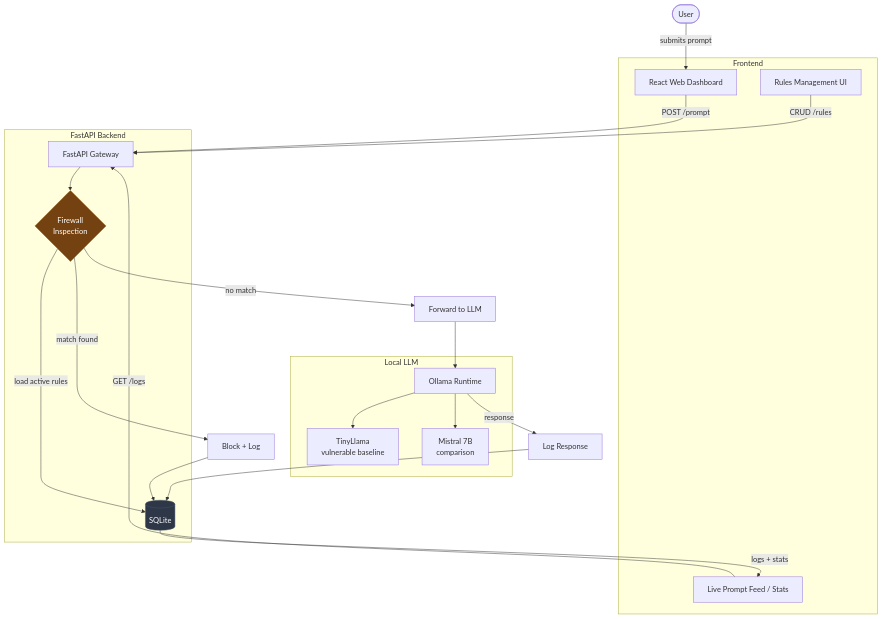
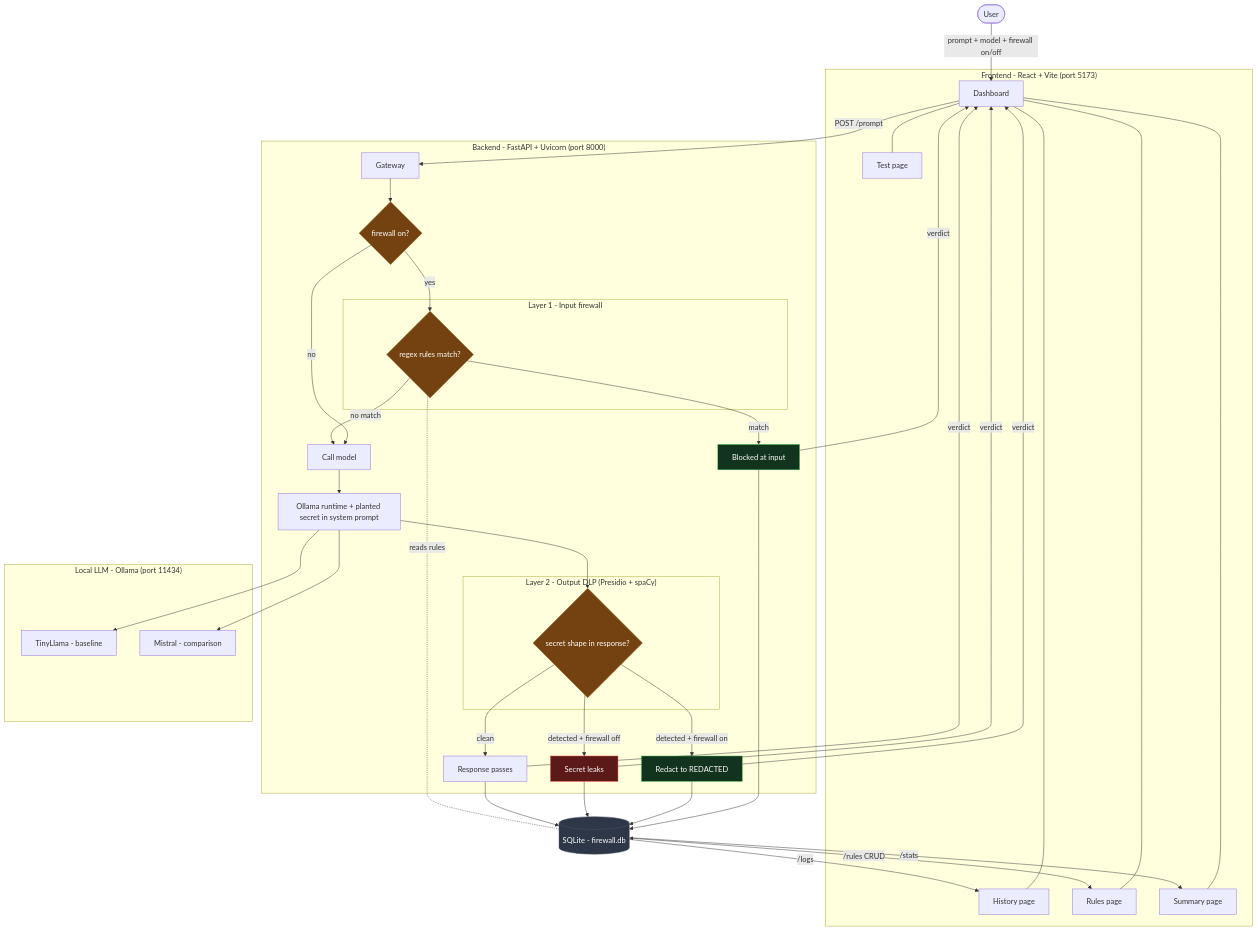
Before and after one commit to ncimmarusti/ai-firewall-gateway: the diagram in ARCHITECTURE.md, drawn with Mermaid. The commit also changed other lines of this file and 3 other files, not shown here.

````diff
--- a/ARCHITECTURE.md
+++ b/ARCHITECTURE.md
@@ -5,39 +6,72 @@
 ```mermaid
 flowchart TD
-    User([User]) -->|submits prompt| UI[React Web Dashboard]
+    User([User]) -->|prompt + model + firewall on/off| UI
 
-    subgraph Frontend
-        UI
-        Rules[Rules Management UI]
-        Feed[Live Prompt Feed / Stats]
+    subgraph FE["Frontend - React + Vite (port 5173)"]
+        UI[Dashboard]
+        Test[Test page]
+        History[History page]
+        Rules[Rules page]
+        Summary[Summary page]
+        UI --- Test
+        UI --- History
+        UI --- Rules
+        UI --- Summary
     end
 
-    UI -->|POST /prompt| API[FastAPI Gateway]
-    Rules -->|CRUD /rules| API
-    Feed -->|GET /logs| API
+    UI -->|POST /prompt| GW
 
-    subgraph Backend[FastAPI Backend]
-        API --> Inspect{Firewall<br/>Inspection}
-        Inspect -->|load active rules| DB[(SQLite)]
+    subgraph BE["Backend - FastAPI + Uvicorn (port 8000)"]
+        GW[Gateway]
+        GW --> FWon{firewall on?}
+        FWon -->|no| Model
+        FWon -->|yes| L1
+
+        subgraph L1box["Layer 1 - Input firewall"]
+            L1{regex rules match?}
+        end
+        L1 -->|match| Blocked[Blocked at input]
+        L1 -->|no match| Model[Call model]
+
+        Model --> Ollama
+
+        Ollama --> L2
+        subgraph L2box["Layer 2 - Output DLP (Presidio + spaCy)"]
+            L2{secret shape in response?}
+        end
+        L2 -->|detected + firewall on| Redact["Redact to REDACTED"]
+        L2 -->|detected + firewall off| Leak[Secret leaks]
+        L2 -->|clean| Clean[Response passes]
     end
 
-    Inspect -->|match found| Blocked[Block + Log]
-    Inspect -->|no match| Forward[Forward to LLM]
-
-    Forward --> Ollama[Ollama Runtime]
-    subgraph LLM[Local LLM]
-        Ollama --> Base[TinyLlama<br/>vulnerable baseline]
-        Ollama --> Comp[Mistral 7B<br/>comparison]
+    subgraph LLM["Local LLM - Ollama (port 11434)"]
+        Ollama[Ollama runtime + planted secret in system prompt]
+        Ollama --> Tiny[TinyLlama - baseline]
+        Ollama --> Mist[Mistral - comparison]
     end
 
-    Ollama -->|response| LogResp[Log Response]
-    Blocked --> DB
-    LogResp --> DB
+    Blocked --> DB[(SQLite - firewall.db)]
+    Redact --> DB
+    Leak --> DB
+    Clean --> DB
 
-    DB -->|logs + stats| Feed
+    L1 -. reads rules .- DB
+
+    DB -->|/logs| History
+    DB -->|/stats| Summary
+    DB <-->|/rules CRUD| Rules
+
+    Redact -->|verdict| UI
+    Blocked -->|verdict| UI
+    Leak -->|verdict| UI
+    Clean -->|verdict| UI
 
     classDef store fill:#2d3748,stroke:#4a5568,color:#fff;
     classDef decision fill:#744210,stroke:#975a16,color:#fff;
+    classDef bad fill:#5b1a17,stroke:#f85149,color:#fff;
+    classDef good fill:#12341f,stroke:#3fb950,color:#fff;
     class DB store;
-    class Inspect decision;
+    class FWon,L1,L2 decision;
+    class Blocked,Redact good;
+    class Leak bad;
 ```
````
